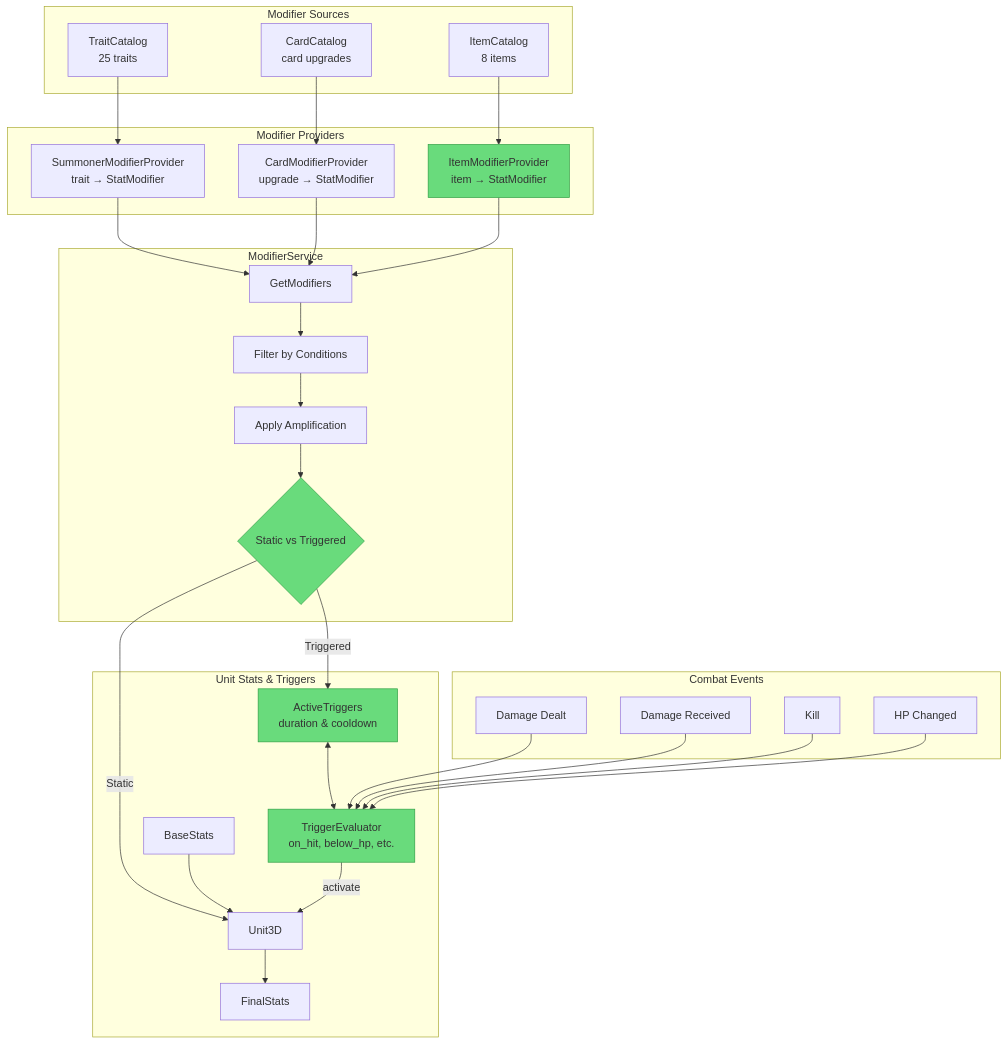
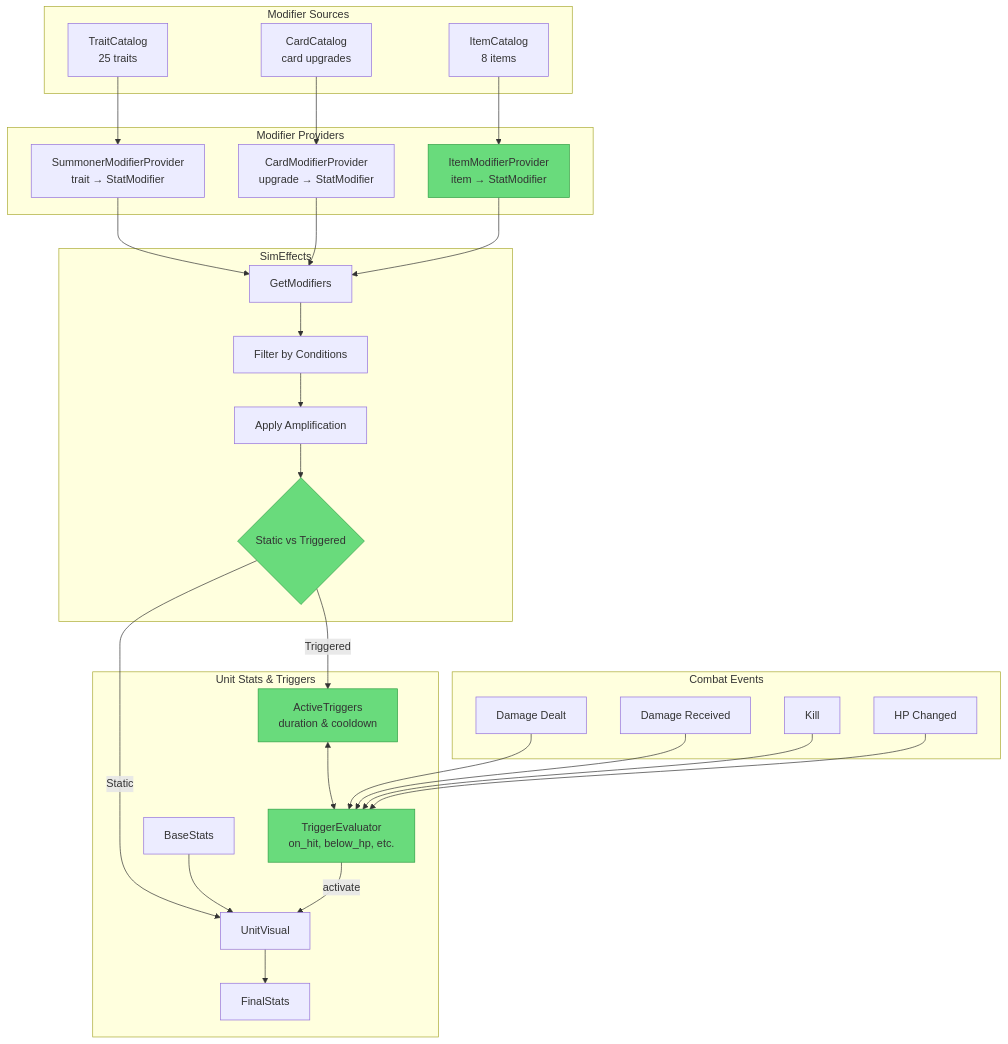
The second of 3 diagrams in docs/technical/trait-system-architecture.md (amari-charles/project-summoner), drawn with Mermaid before and after one commit. The commit also changed other lines of this file and 18 other files, not shown here.

````diff
--- a/docs/technical/trait-system-architecture.md
+++ b/docs/technical/trait-system-architecture.md
@@ -67,63 +67,63 @@
 ```mermaid
 flowchart TB
     subgraph Sources["Modifier Sources"]
         TC[TraitCatalog<br/>25 traits]
         CC[CardCatalog<br/>card upgrades]
         IC[ItemCatalog<br/>8 items]
     end
 
     subgraph Providers["Modifier Providers"]
         SMP[SummonerModifierProvider<br/>trait → StatModifier]
         CMP[CardModifierProvider<br/>upgrade → StatModifier]
         IMP[ItemModifierProvider<br/>item → StatModifier]
     end
 
-    subgraph Service["ModifierService"]
+    subgraph Service["SimEffects"]
         MS[GetModifiers]
         FILT[Filter by Conditions]
         AMP[Apply Amplification]
         PART{Static vs Triggered}
     end
 
     subgraph Units["Unit Stats & Triggers"]
-        U3D[Unit3D]
+        U3D[UnitVisual]
         BS[BaseStats]
         FS[FinalStats]
         AT[ActiveTriggers<br/>duration & cooldown]
         TE[TriggerEvaluator<br/>on_hit, below_hp, etc.]
     end
 
     TC --> SMP
     CC --> CMP
     IC --> IMP
 
     SMP --> MS
     CMP --> MS
     IMP --> MS
 
     MS --> FILT --> AMP --> PART
     PART -->|Static| U3D
     PART -->|Triggered| AT
 
     BS --> U3D
     U3D --> FS
     AT <--> TE
     TE -->|activate| U3D
 
     subgraph Combat["Combat Events"]
         DMG[Damage Dealt]
         HIT[Damage Received]
         KILL[Kill]
         HP[HP Changed]
     end
 
     DMG --> TE
     HIT --> TE
     KILL --> TE
     HP --> TE
 
     style IMP fill:#69db7c,stroke:#2f9e44
     style AT fill:#69db7c,stroke:#2f9e44
     style TE fill:#69db7c,stroke:#2f9e44
     style PART fill:#69db7c,stroke:#2f9e44
 ```
````
